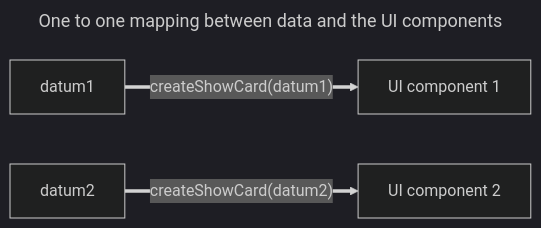
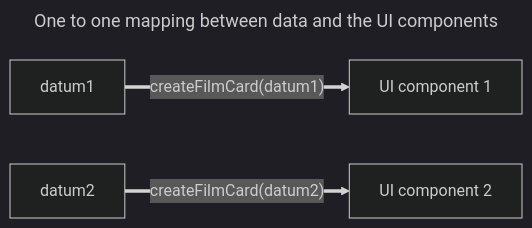
Before and after one commit to CodeYourFuture/curriculum: the diagram in content/js3/blocks/one-to-one/index.md, drawn with Mermaid (dark theme). The commit also changed 8 other files, not shown here.

````diff
--- a/content/js3/blocks/one-to-one/index.md
+++ b/content/js3/blocks/one-to-one/index.md
@@ -13,9 +13,9 @@
 ```mermaid
 ---
 title: One to one mapping between data and the UI components
 ---
 flowchart LR
-   A[datum1] == createShowCard(datum1) ==> B[UI component 1]
-   C[datum2] == createShowCard(datum2) ==> D[UI component 2]
+   A[datum1] == createFilmCard(datum1) ==> B[UI component 1]
+   C[datum2] == createFilmCard(datum2) ==> D[UI component 2]
 
 ```
````
